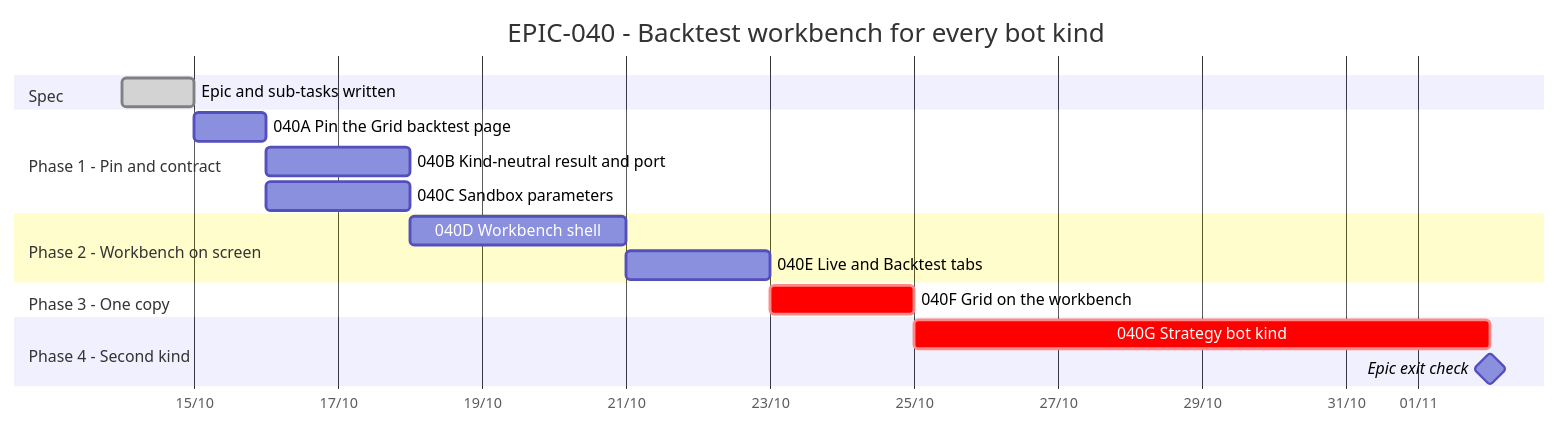
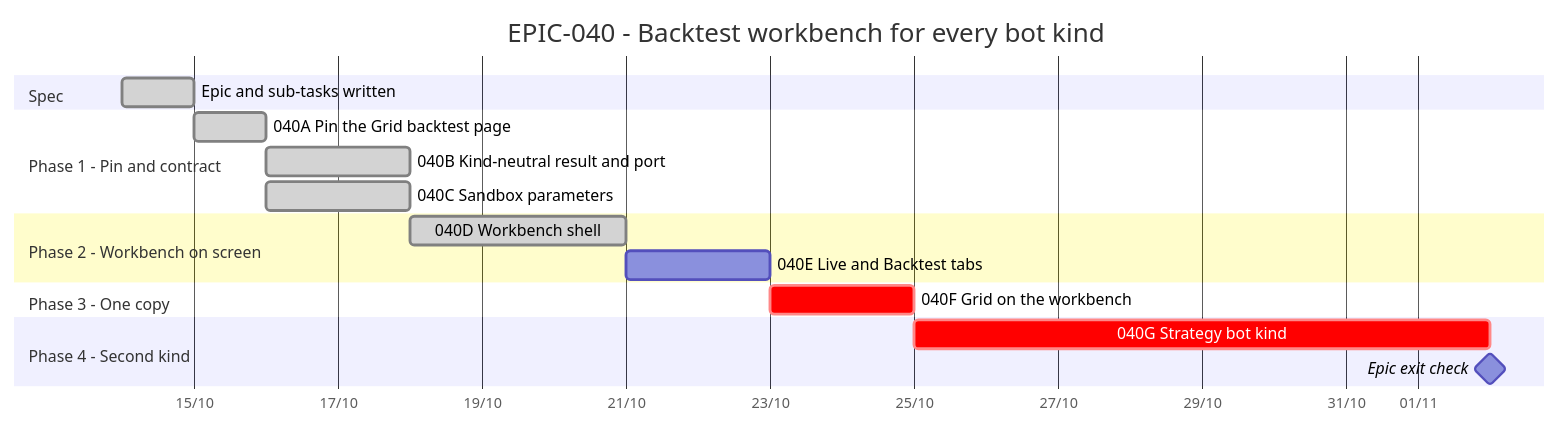
Before and after one commit to anhembedded/Sagittarius_Elite_Warrior: the diagram in Tasks/epics/EPIC-040_backtest_workbench/TRACKING.md, drawn with Mermaid. The commit also changed other lines of this file and 48 other files, not shown here.

````diff
--- a/Tasks/epics/EPIC-040_backtest_workbench/TRACKING.md
+++ b/Tasks/epics/EPIC-040_backtest_workbench/TRACKING.md
@@ -14,25 +14,25 @@
 ```mermaid
 gantt
     title EPIC-040 - Backtest workbench for every bot kind
     dateFormat  YYYY-MM-DD
     axisFormat  %d/%m
 
     section Spec
     Epic and sub-tasks written            :done,    s1, 2026-10-14, 1d
 
     section Phase 1 - Pin and contract
-    040A Pin the Grid backtest page       :         a, after s1, 1d
-    040B Kind-neutral result and port     :         b, after a, 2d
-    040C Sandbox parameters               :         c, after a, 2d
+    040A Pin the Grid backtest page       :done,    a, after s1, 1d
+    040B Kind-neutral result and port     :done,    b, after a, 2d
+    040C Sandbox parameters               :done,    c, after a, 2d
 
     section Phase 2 - Workbench on screen
-    040D Workbench shell                  :         d, after b c, 3d
+    040D Workbench shell                  :done,    d, after b c, 3d
     040E Live and Backtest tabs           :         e, after d, 2d
 
     section Phase 3 - One copy
     040F Grid on the workbench            :crit,    f, after e, 2d
 
     section Phase 4 - Second kind
     040G Strategy bot kind                :crit,    g, after f, 8d
     Epic exit check                       :milestone, m, after g, 0d
 ```
````
